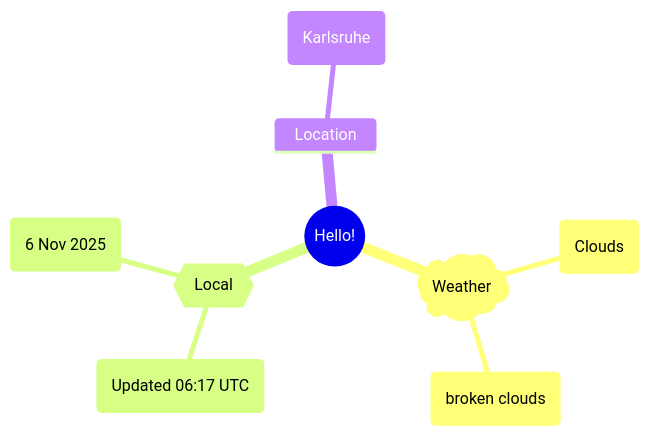
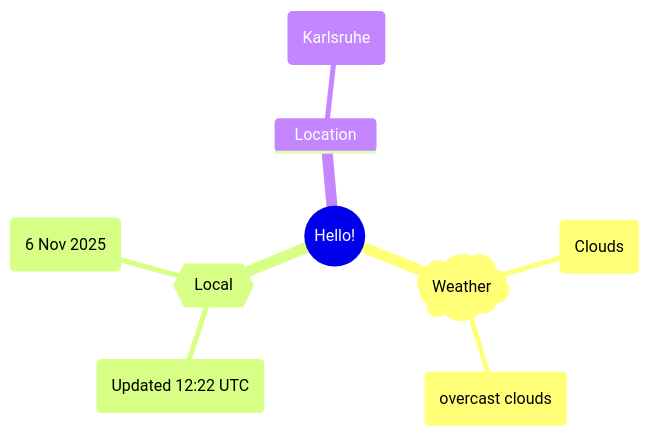
The first of 2 diagrams in README.md (Xosrov/Xosrov), drawn with Mermaid before and after one commit.

Commit message:
[bot] updated images

````diff
--- a/README.md
+++ b/README.md
@@ -3,12 +3,12 @@
 ```mermaid
 mindmap
   root((Hello!))
     )Weather(
         (Clouds)
-        (broken clouds)
+        (overcast clouds)
     {{Local}}
-        (Updated 06:17 UTC)
+        (Updated 12:22 UTC)
         (6 Nov 2025)
     Location
         (Karlsruhe)
 ```
````
